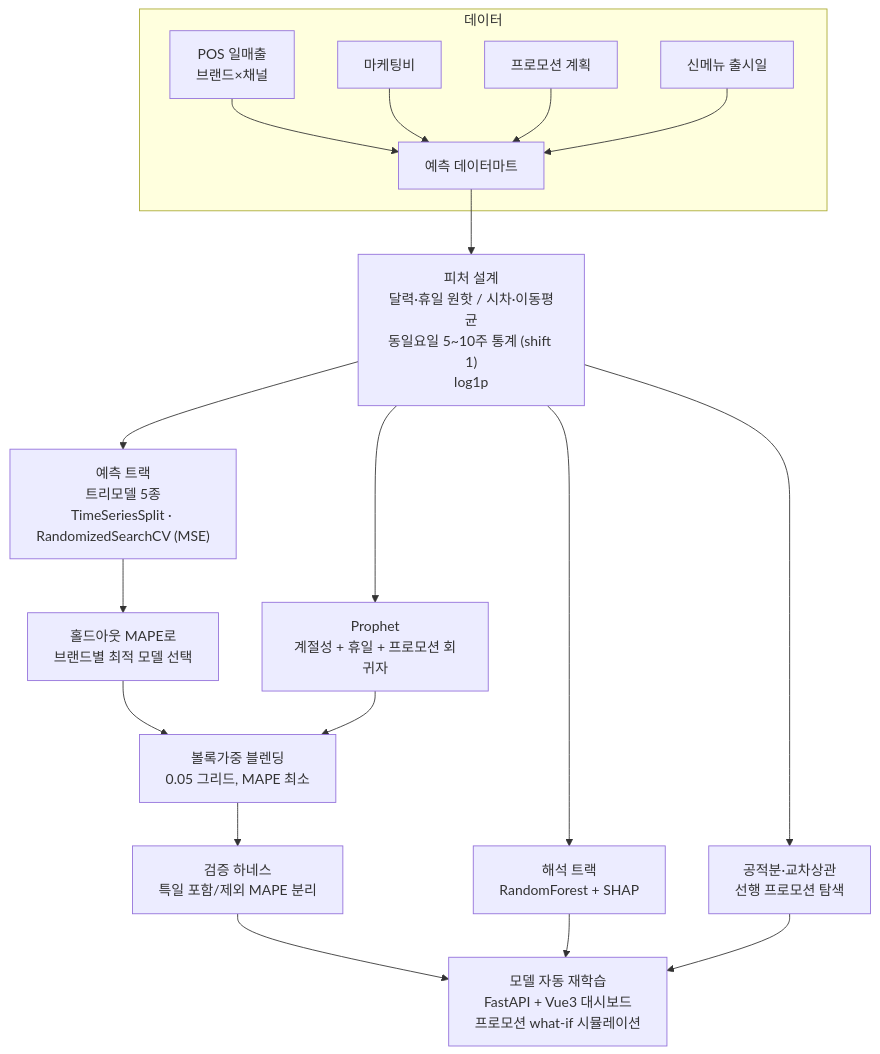
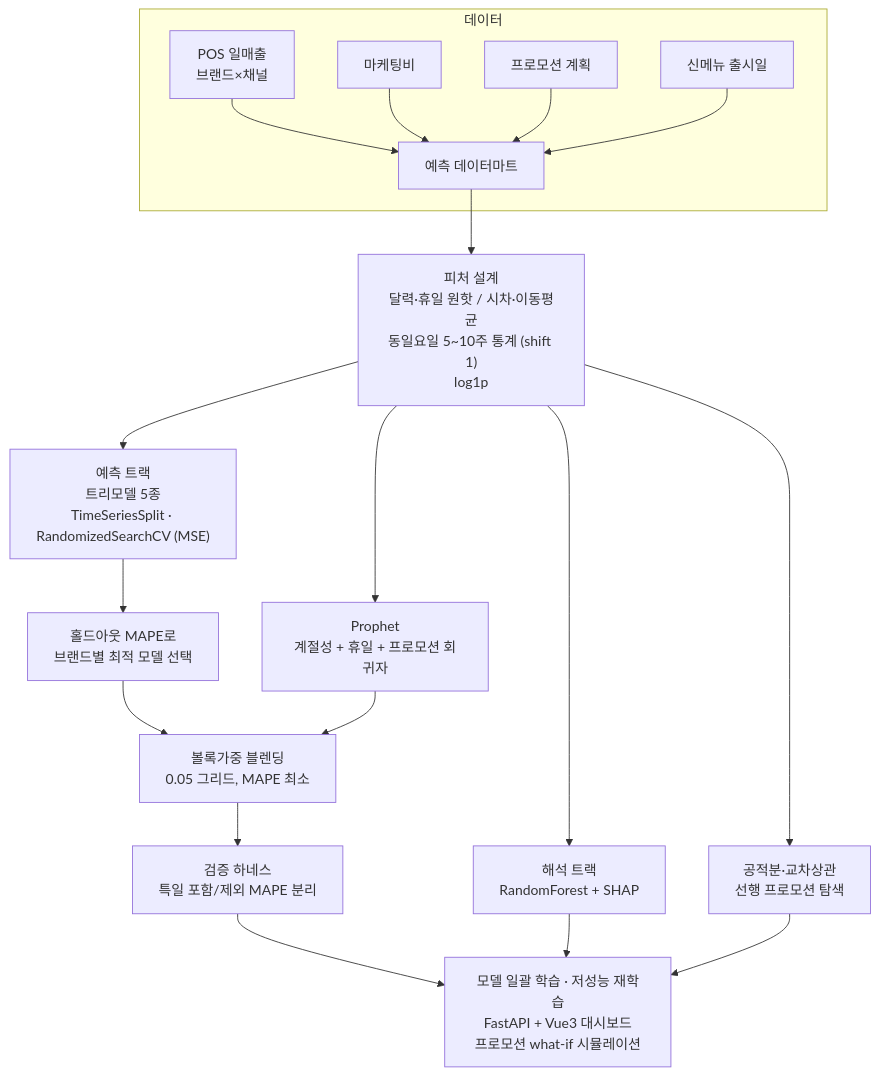
The diagram in 01_sales_forecasting/README.md (Azmo-Shin/Public_Portfolio), drawn with Mermaid before and after one commit. The commit also changed other lines of this file and 4 other files, not shown here.

````diff
--- a/01_sales_forecasting/README.md
+++ b/01_sales_forecasting/README.md
@@ -23,21 +23,21 @@
 ```mermaid
 flowchart TD
   subgraph 데이터
     A1["POS 일매출<br/>브랜드×채널"] --> M["예측 데이터마트"]
     A2["마케팅비"] --> M
     A3["프로모션 계획"] --> M
     A4["신메뉴 출시일"] --> M
   end
   M --> F["피처 설계<br/>달력·휴일 원핫 / 시차·이동평균<br/>동일요일 5~10주 통계 (shift 1)<br/>log1p"]
   F --> R["해석 트랙<br/>RandomForest + SHAP"]
   F --> T["예측 트랙<br/>트리모델 5종<br/>TimeSeriesSplit · RandomizedSearchCV (MSE)"]
   T --> S["홀드아웃 MAPE로<br/>브랜드별 최적 모델 선택"]
   F --> PR["Prophet<br/>계절성 + 휴일 + 프로모션 회귀자"]
   S --> BL["볼록가중 블렌딩<br/>0.05 그리드, MAPE 최소"]
   PR --> BL
   BL --> V1["검증 하네스<br/>특일 포함/제외 MAPE 분리"]
   F --> C["공적분·교차상관<br/>선행 프로모션 탐색"]
-  V1 --> O["모델 자동 재학습<br/>FastAPI + Vue3 대시보드<br/>프로모션 what-if 시뮬레이션"]
+  V1 --> O["모델 일괄 학습 · 저성능 재학습<br/>FastAPI + Vue3 대시보드<br/>프로모션 what-if 시뮬레이션"]
   R --> O
   C --> O
 ```
````
